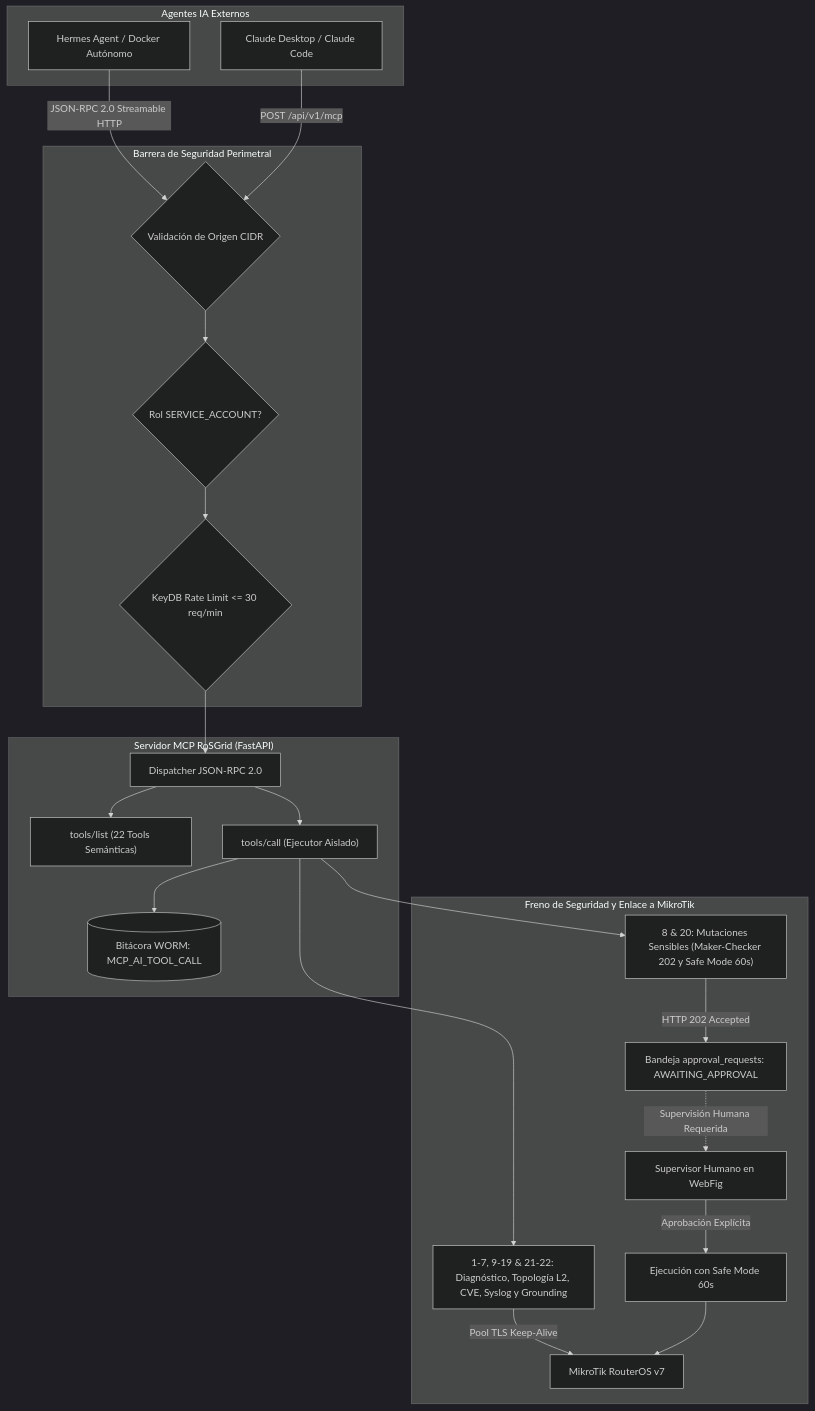
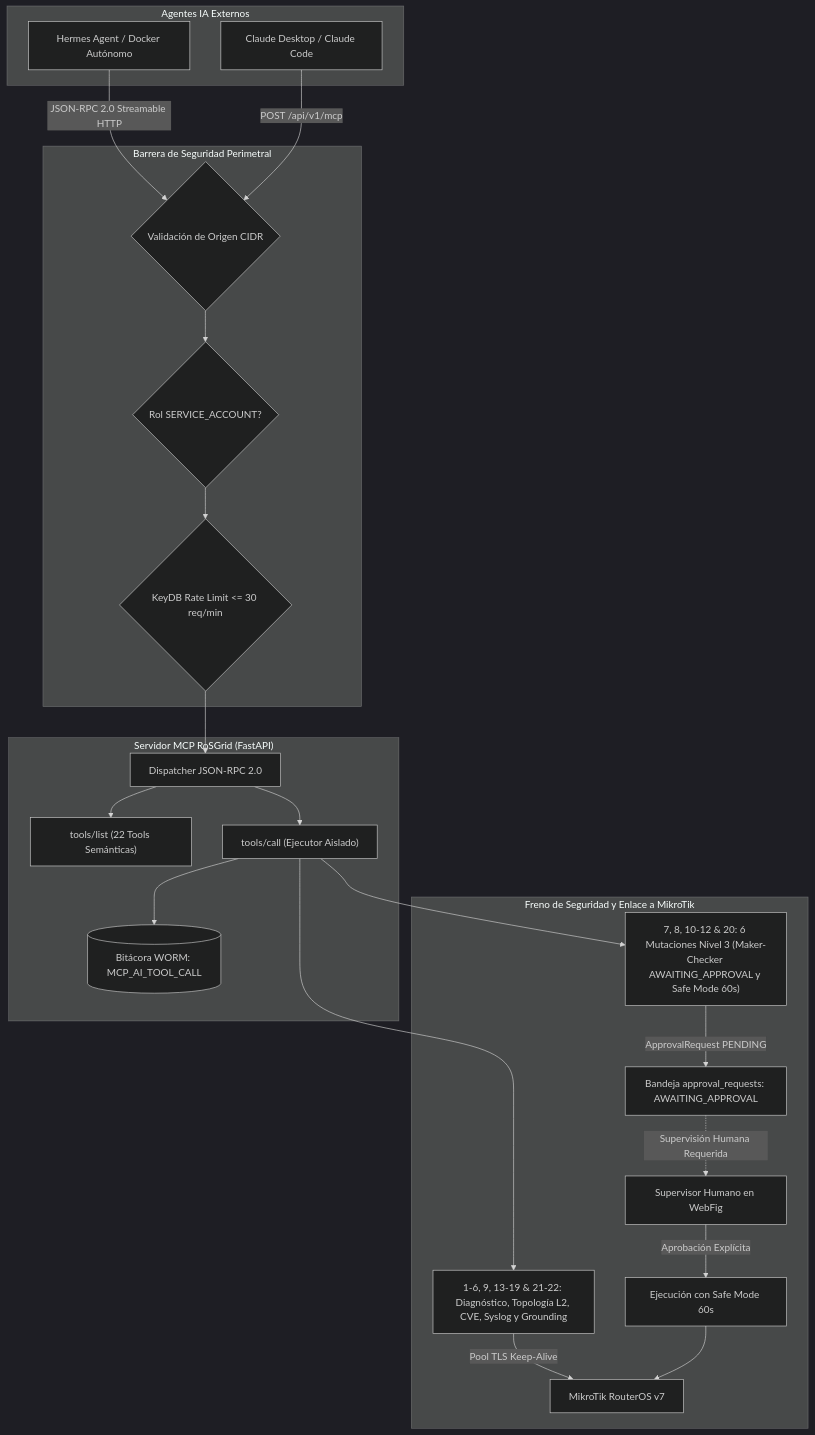
One commit to tecno-consultores/RoSGrid changed the first of 2 diagrams in docs/07_GUIA_INTEGRACION_IA_MCP_HERMES_Y_CLAUDE.md. Above: the diagram before and after it, drawn with Mermaid (dark theme). The commit also changed other lines of this file and 27 other files, not shown here.

Commit message:
feat(mcp-security): gobernanza maker-checker en las 6 tools MCP de mutación, RBAC en servicio, 22 tools, 28 directivas CIS vivas, centrado de mapa campo y changelog simplificado (Spec 113)

````diff
--- a/docs/07_GUIA_INTEGRACION_IA_MCP_HERMES_Y_CLAUDE.md
+++ b/docs/07_GUIA_INTEGRACION_IA_MCP_HERMES_Y_CLAUDE.md
@@ -9,36 +9,36 @@
 ```mermaid
 flowchart TB
     subgraph "Agentes IA Externos"
         Hermes[Hermes Agent / Docker Autónomo]
         Claude[Claude Desktop / Claude Code]
     end
 
     subgraph "Barrera de Seguridad Perimetral"
         CIDR{Validación de Origen CIDR}
         RoleAuth{Rol SERVICE_ACCOUNT?}
         RateLimit{KeyDB Rate Limit <= 30 req/min}
     end
 
     Hermes -->|JSON-RPC 2.0 Streamable HTTP| CIDR
     Claude -->|POST /api/v1/mcp| CIDR
     CIDR --> RoleAuth
     RoleAuth --> RateLimit
 
     subgraph "Servidor MCP RoSGrid (FastAPI)"
         RateLimit --> Dispatcher[Dispatcher JSON-RPC 2.0]
         Dispatcher --> ToolsList["tools/list (22 Tools Semánticas)"]
         Dispatcher --> ToolExec["tools/call (Ejecutor Aislado)"]
         ToolExec --> AuditWORM[(Bitácora WORM: MCP_AI_TOOL_CALL)]
     end
 
     subgraph "Freno de Seguridad y Enlace a MikroTik"
-        ToolExec --> ReadTools["1-7, 9-19 & 21-22: Diagnóstico, Topología L2, CVE, Syslog y Grounding"]
-        ToolExec --> MutationTools["8 & 20: Mutaciones Sensibles (Maker-Checker 202 y Safe Mode 60s)"]
+        ToolExec --> ReadTools["1-6, 9, 13-19 & 21-22: Diagnóstico, Topología L2, CVE, Syslog y Grounding"]
+        ToolExec --> MutationTools["7, 8, 10-12 & 20: 6 Mutaciones Nivel 3 (Maker-Checker AWAITING_APPROVAL y Safe Mode 60s)"]
         
         ReadTools -->|Pool TLS Keep-Alive| MikroTik[MikroTik RouterOS v7]
-        MutationTools -->|HTTP 202 Accepted| MakerChecker[Bandeja approval_requests: AWAITING_APPROVAL]
+        MutationTools -->|ApprovalRequest PENDING| MakerChecker[Bandeja approval_requests: AWAITING_APPROVAL]
         MakerChecker -.->|Supervisión Humana Requerida| Supervisor[Supervisor Humano en WebFig]
         Supervisor -->|Aprobación Explícita| SafeMode[Ejecución con Safe Mode 60s]
         SafeMode --> MikroTik
     end
 ```
````
